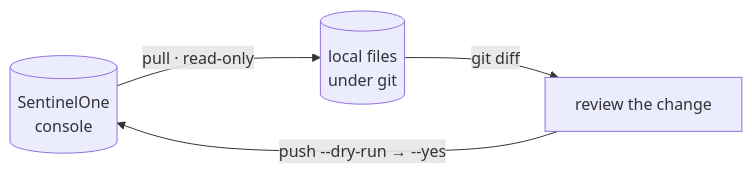
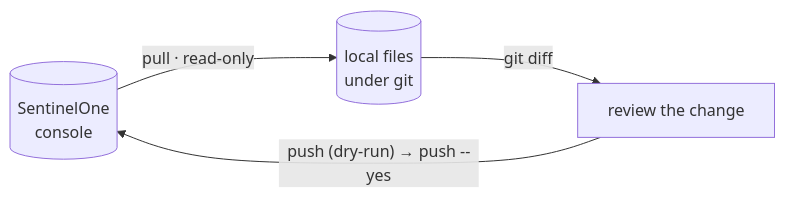
The first of 2 diagrams in docs/guides/the-loop.md (dannyota/s1ctl), drawn with Mermaid before and after one commit. The commit also changed other lines of this file and 30 other files, not shown here.

````diff
--- a/docs/guides/the-loop.md
+++ b/docs/guides/the-loop.md
@@ -7,6 +7,6 @@
 ```mermaid
 flowchart LR
   console[("SentinelOne<br/>console")] -- "pull · read-only" --> files[("local files<br/>under git")]
   files -- "git diff" --> review["review the change"]
-  review -- "push --dry-run &rarr; --yes" --> console
+  review -- "push (dry-run) &rarr; push --yes" --> console
 ```
````
